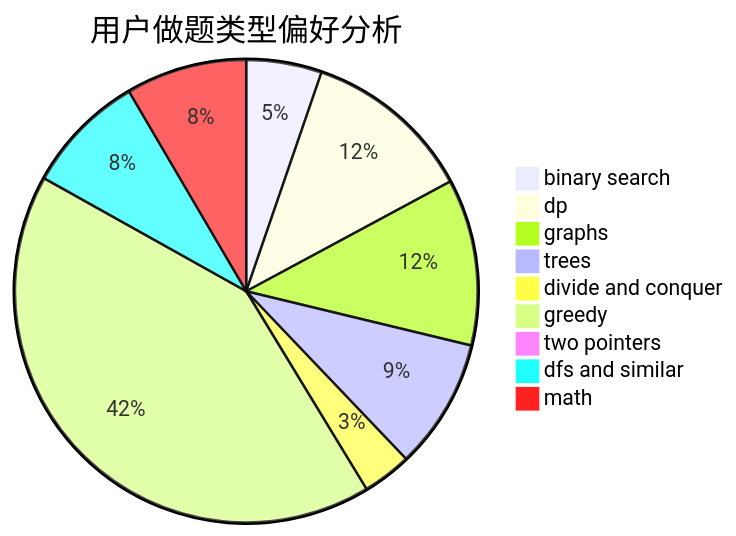
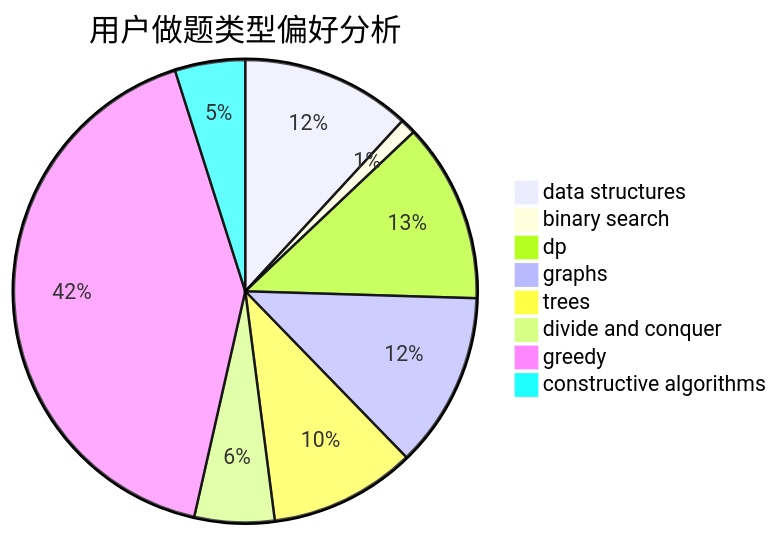
The second of 3 diagrams in docs/user/u873.md (sherpahu/cfrs.github.io), drawn with Mermaid before and after one commit. The commit also changed other lines of this file and 2775 other files, not shown here.

````diff
--- a/docs/user/u873.md
+++ b/docs/user/u873.md
@@ -23,12 +23,11 @@
 ```mermaid
 pie title 用户做题类型偏好分析
-    "binary search" :  63
-    "dp" :  142
-    "graphs" :  139
-    "trees" :  109
+    "data structures" :  87
+    "binary search" :  8
+    "dp" :  92
+    "graphs" :  90
+    "trees" :  75
     "divide and conquer" :  41
-    "greedy" :  500
-    "two pointers" :  3
-    "dfs and similar" :  101
-    "math" :  101
+    "greedy" :  305
+    "constructive algorithms" :  36
 ```
````
